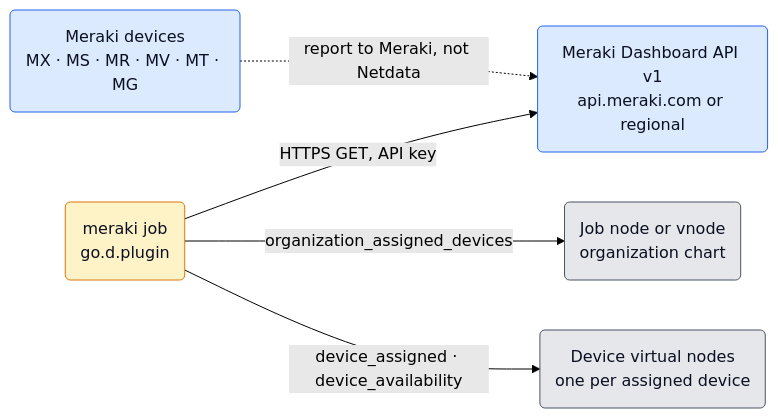
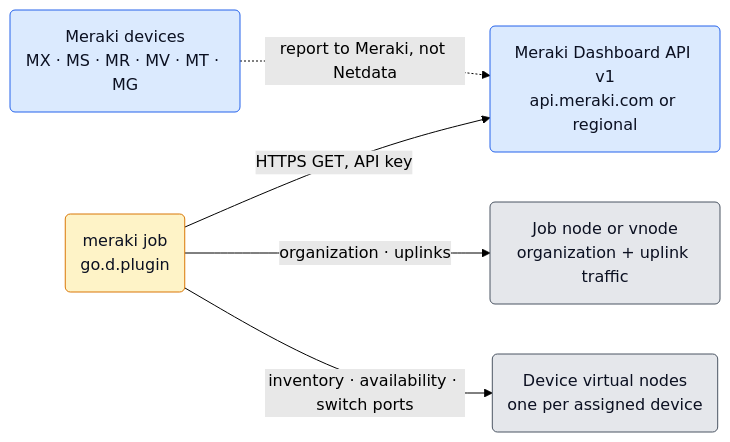
One commit to netdata/netdata changed the first of 4 diagrams in src/go/plugin/go.d/collector/meraki/ARCHITECTURE.md. Above: the diagram before and after it, drawn with Mermaid (forest theme). The commit also changed other lines of this file and 24 other files, not shown here.

Commit message:
feat(go.d): add Meraki switch-port and uplink traffic (#24572)

````diff
--- a/src/go/plugin/go.d/collector/meraki/ARCHITECTURE.md
+++ b/src/go/plugin/go.d/collector/meraki/ARCHITECTURE.md
@@ -56,20 +83,20 @@
 ```mermaid
 flowchart LR
     Devices("Meraki devices<br/>MX · MS · MR · MV · MT · MG")
     Cloud("Meraki Dashboard API v1<br/>api.meraki.com or regional")
     Job("meraki job<br/>go.d.plugin")
-    JobNode("Job node or vnode<br/>organization chart")
+    JobNode("Job node or vnode<br/>organization + uplink traffic")
     DevNodes("Device virtual nodes<br/>one per assigned device")
 
     Devices -.->|"report to Meraki, not Netdata"| Cloud
     Job -->|"HTTPS GET, API key"| Cloud
-    Job -->|"organization_assigned_devices"| JobNode
-    Job -->|"device_assigned · device_availability"| DevNodes
+    Job -->|"organization · uplinks"| JobNode
+    Job -->|"inventory · availability · switch ports"| DevNodes
 
     classDef ext fill:#dbeafe,stroke:#2563eb,color:#0b1021;
     classDef core fill:#fef3c7,stroke:#d97706,color:#0b1021;
     classDef out fill:#e5e7eb,stroke:#4b5563,color:#0b1021;
     class Devices,Cloud ext;
     class Job core;
     class JobNode,DevNodes out;
 ```
````
